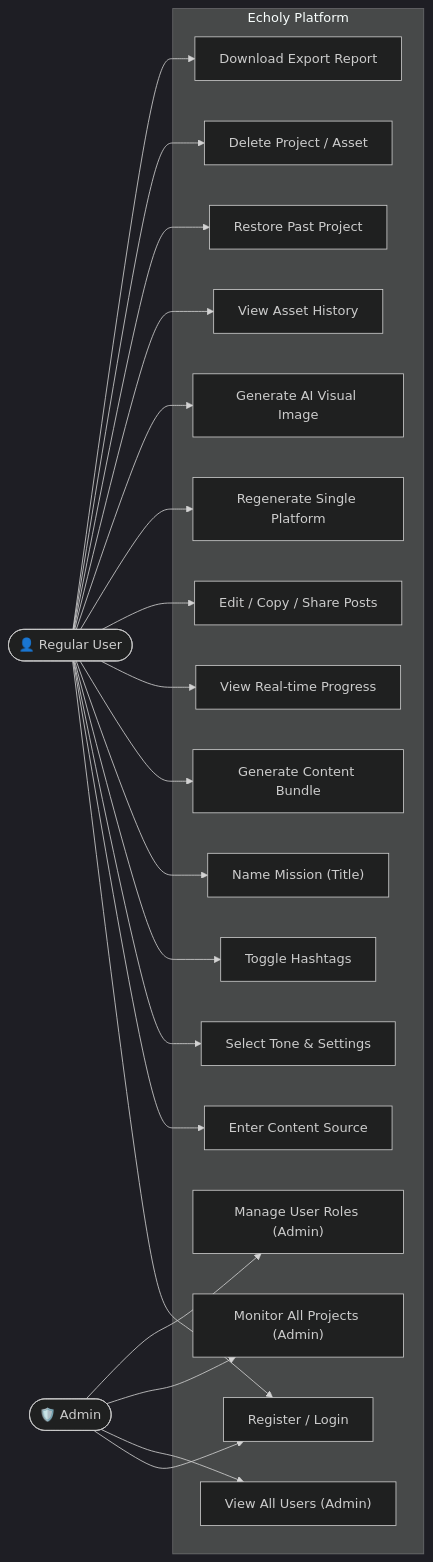
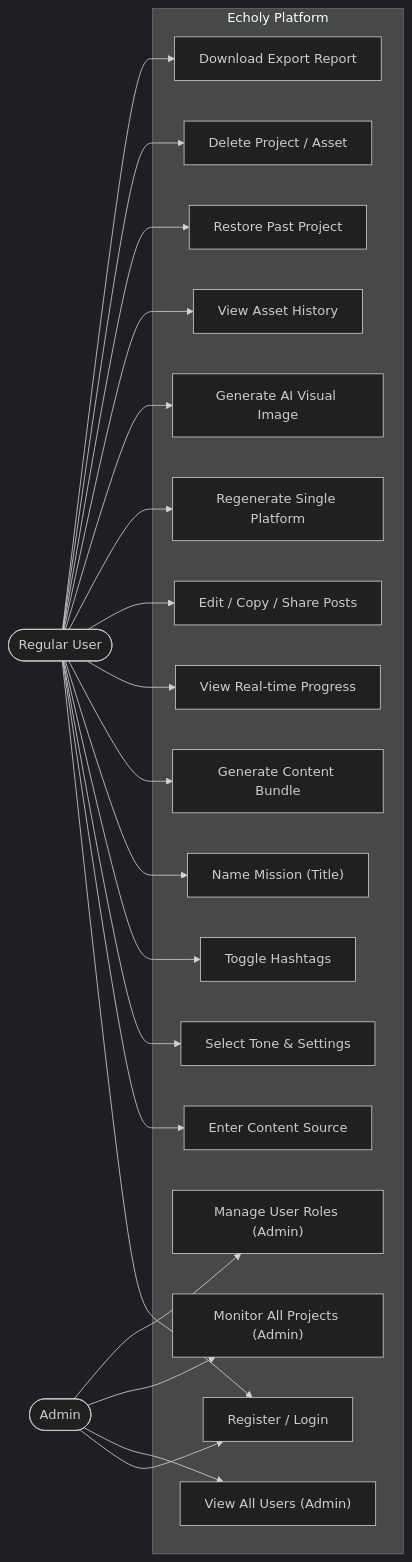
The sixth of 8 diagrams in DIAGRAMS.md (naresh-rn/echoly), drawn with Mermaid (dark theme) before and after one commit. The commit also changed other lines of this file, not shown here.

Commit message:
fix: remove non-Latin1 characters from Mermaid diagrams to fix GitHub rendering

````diff
--- a/DIAGRAMS.md
+++ b/DIAGRAMS.md
@@ -329,44 +329,44 @@
 ```mermaid
 flowchart LR
-    User(["👤 Regular User"])
-    Admin(["🛡️ Admin"])
+    User(["Regular User"])
+    Admin(["Admin"])
 
     subgraph Echoly Platform
         UC1["Register / Login"]
         UC2["Enter Content Source"]
         UC3["Select Tone & Settings"]
         UC4["Toggle Hashtags"]
         UC5["Name Mission (Title)"]
         UC6["Generate Content Bundle"]
         UC7["View Real-time Progress"]
         UC8["Edit / Copy / Share Posts"]
         UC9["Regenerate Single Platform"]
         UC10["Generate AI Visual Image"]
         UC11["View Asset History"]
         UC12["Restore Past Project"]
         UC13["Delete Project / Asset"]
         UC14["Download Export Report"]
         UC15["View All Users (Admin)"]
         UC16["Monitor All Projects (Admin)"]
         UC17["Manage User Roles (Admin)"]
     end
 
     User --> UC1
     User --> UC2
     User --> UC3
     User --> UC4
     User --> UC5
     User --> UC6
     User --> UC7
     User --> UC8
     User --> UC9
     User --> UC10
     User --> UC11
     User --> UC12
     User --> UC13
     User --> UC14
     Admin --> UC1
     Admin --> UC15
     Admin --> UC16
     Admin --> UC17
 ```
````
